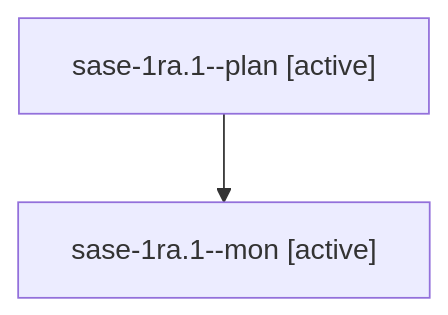
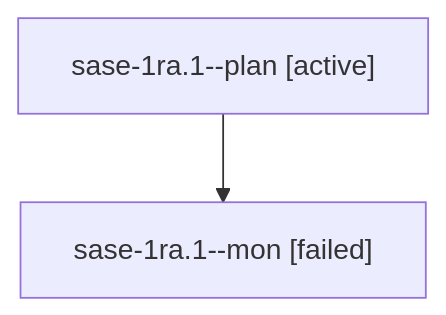
Before and after one commit to sase-org/sase--agents: the diagram in sessions/bbugyi200.athena.sase-1ra.1.md, drawn with Mermaid. The commit also changed other lines of this file and 36 other files, not shown here.

````diff
--- a/sessions/bbugyi200.athena.sase-1ra.1.md
+++ b/sessions/bbugyi200.athena.sase-1ra.1.md
@@ -9,6 +9,6 @@
 ```mermaid
 flowchart TD
   n0["sase-1ra.1--plan [active]"]
-  n1["sase-1ra.1--mon [active]"]
+  n1["sase-1ra.1--mon [failed]"]
   n0 --> n1
 ```
````
